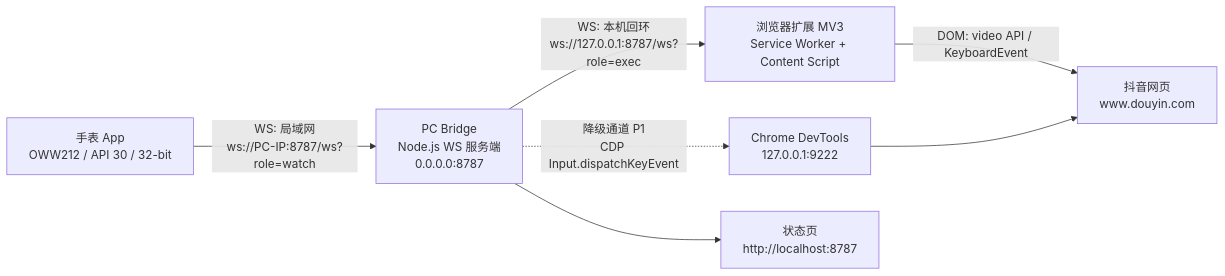
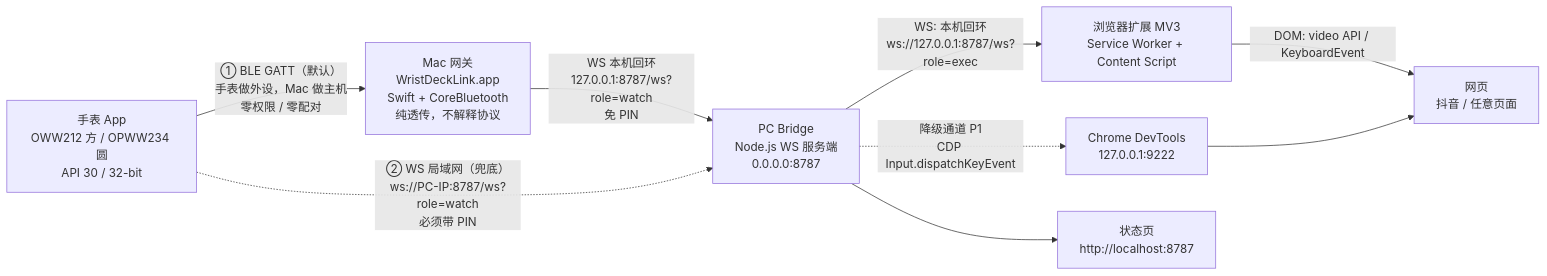
Before and after one commit to thinkingstill/wristdeck: the first of 2 diagrams in 技术架构文档.md, drawn with Mermaid. The commit also changed other lines of this file and 4 other files, not shown here.

````diff
--- a/技术架构文档.md
+++ b/技术架构文档.md
@@ -110,9 +153,11 @@
 ```mermaid
 flowchart LR
-    W["手表 App<br/>OWW212 / API 30 / 32-bit"] -- "WS: 局域网<br/>ws://PC-IP:8787/ws?role=watch" --> B
+    W["手表 App<br/>OWW212 方 / OPWW234 圆<br/>API 30 / 32-bit"] -- "① BLE GATT（默认）<br/>手表做外设，Mac 做主机<br/>零权限 / 零配对" --> G
+    G["Mac 网关<br/>WristDeckLink.app<br/>Swift + CoreBluetooth<br/>纯透传，不解释协议"] -- "WS 本机回环<br/>127.0.0.1:8787/ws?role=watch<br/>免 PIN" --> B
+    W -. "② WS 局域网（兜底）<br/>ws://PC-IP:8787/ws?role=watch<br/>必须带 PIN" .-> B
     B["PC Bridge<br/>Node.js WS 服务端<br/>0.0.0.0:8787"] -- "WS: 本机回环<br/>ws://127.0.0.1:8787/ws?role=exec" --> E["浏览器扩展 MV3<br/>Service Worker + Content Script"]
-    E -- "DOM: video API / KeyboardEvent" --> D["抖音网页<br/>www.douyin.com"]
+    E -- "DOM: video API / KeyboardEvent" --> D["网页<br/>抖音 / 任意页面"]
     B -. "降级通道 P1<br/>CDP Input.dispatchKeyEvent" .-> C["Chrome DevTools<br/>127.0.0.1:9222"]
     C --> D
     B --> S["状态页<br/>http://localhost:8787"]
 ```
````
